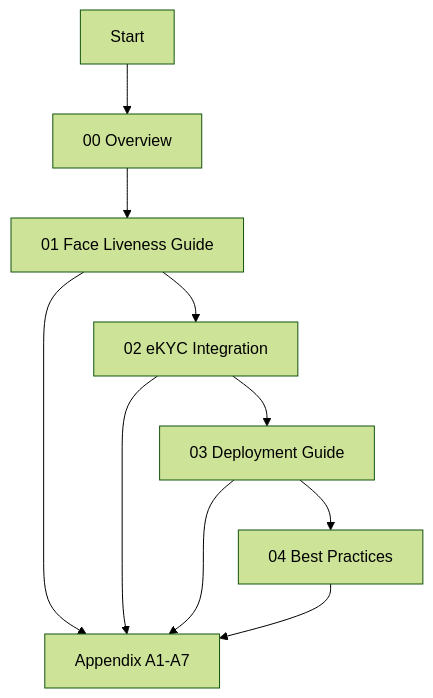
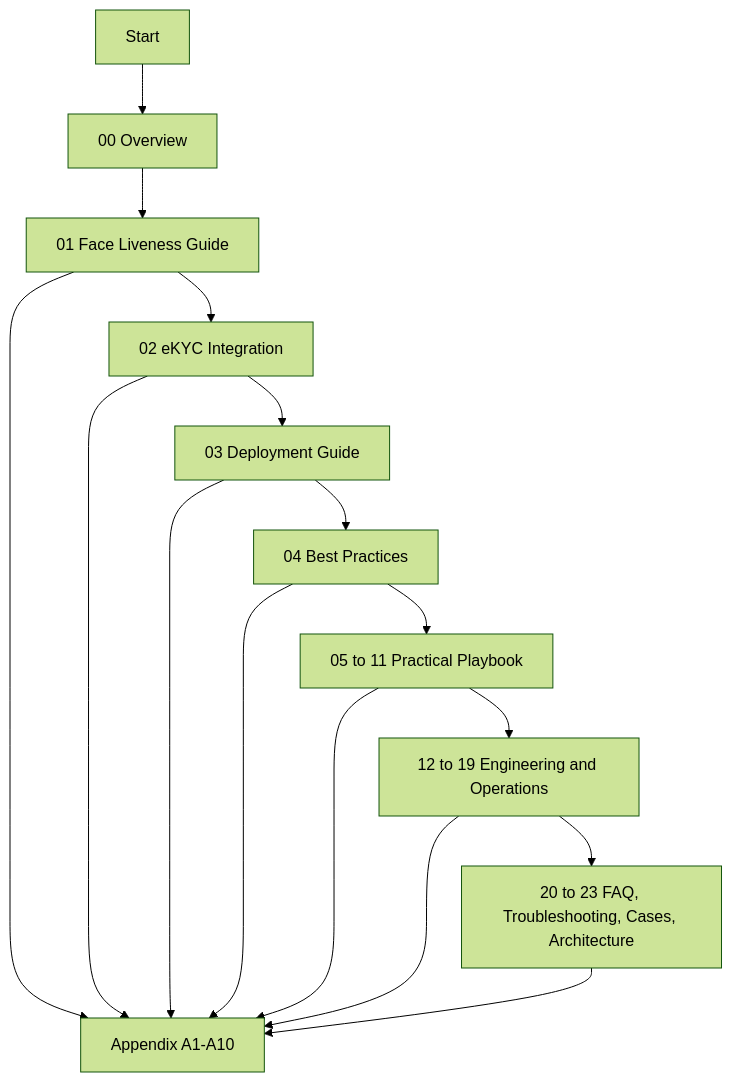
The first of 2 diagrams in docs/00-overview.md (Nivratti/ekyc-face-liveness-playbook), drawn with Mermaid (forest theme) before and after one commit. The commit also changed other lines of this file and 20 other files, not shown here.

Commit message:
docs: add fusion, dataset strategy, calibration, operations, governance, troubleshooting, and architecture playbook sections

````diff
--- a/docs/00-overview.md
+++ b/docs/00-overview.md
@@ -98,12 +110,18 @@
 ```mermaid
 flowchart TD
     A[Start] --> B[00 Overview]
     B --> C[01 Face Liveness Guide]
     C --> D[02 eKYC Integration]
     D --> E[03 Deployment Guide]
     E --> F[04 Best Practices]
-    C --> G[Appendix A1-A7]
+    F --> H[05 to 11 Practical Playbook]
+    H --> I[12 to 19 Engineering and Operations]
+    I --> J[20 to 23 FAQ, Troubleshooting, Cases, Architecture]
+    C --> G[Appendix A1-A10]
     D --> G
     E --> G
     F --> G
+    H --> G
+    I --> G
+    J --> G
 ```
````
